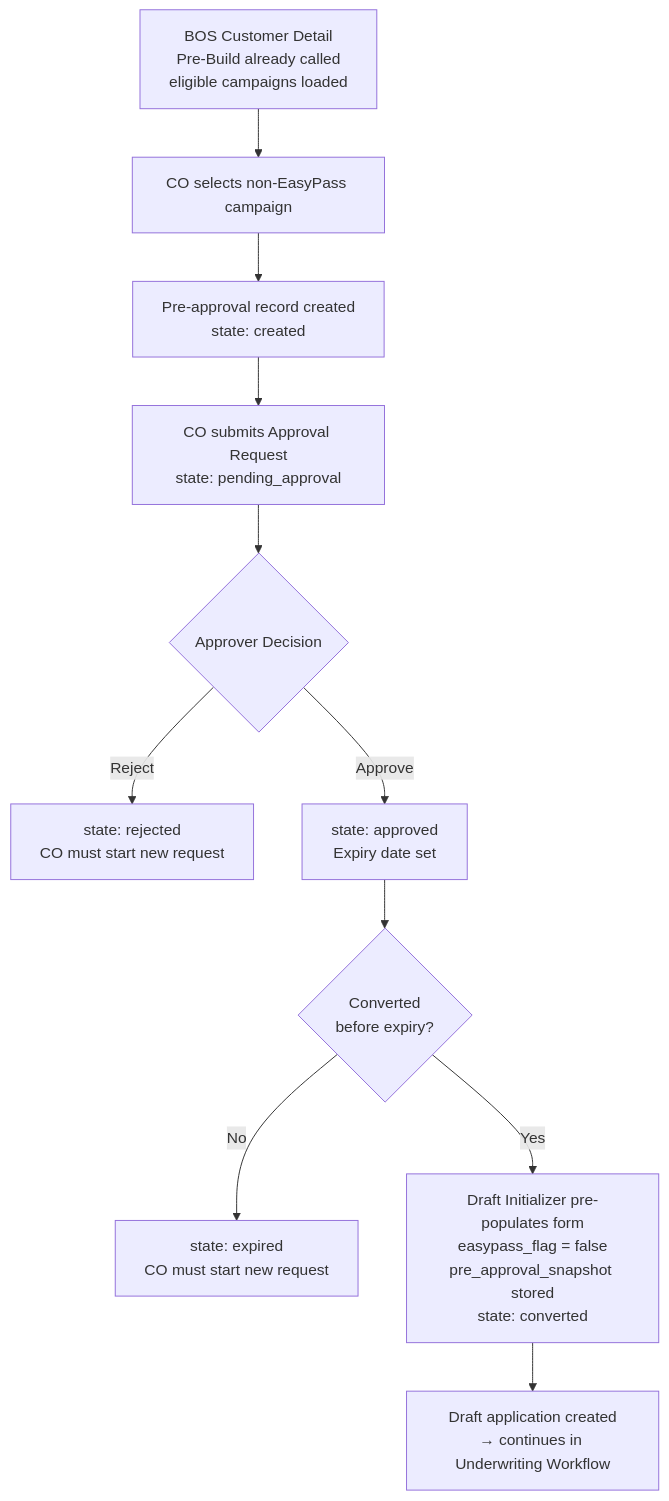
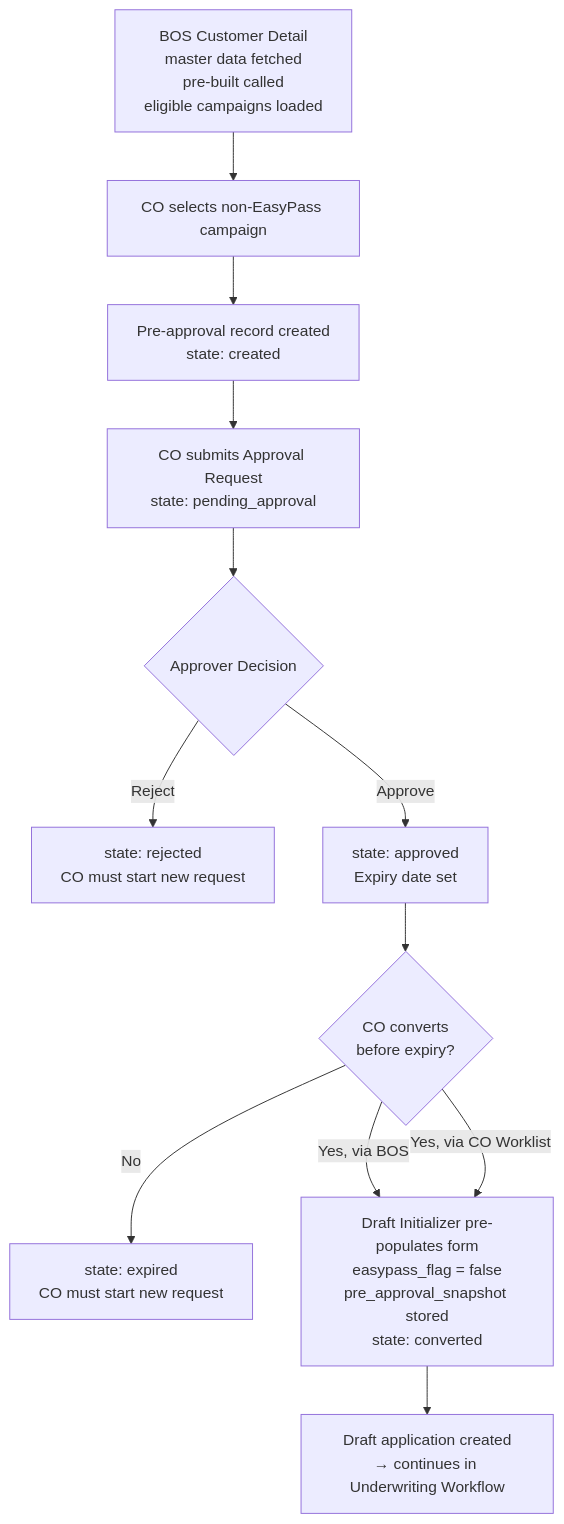
The second of 2 diagrams in product/credit/onigiri/capabilities/pre-approval/CAPABILITY.md (chanatan-sri/TurboProduct), drawn with Mermaid before and after one commit. The commit also changed other lines of this file and 7 other files, not shown here.

First line of the commit message:
feat(onigiri): add Topology E entry flow, update pre-approval specs and changelog

````diff
--- a/product/credit/onigiri/capabilities/pre-approval/CAPABILITY.md
+++ b/product/credit/onigiri/capabilities/pre-approval/CAPABILITY.md
@@ -127,13 +144,14 @@
 ```mermaid
 flowchart TD
-    A[BOS Customer Detail\nPre-Build already called\neligible campaigns loaded] --> B[CO selects non-EasyPass campaign]
+    A[BOS Customer Detail\nmaster data fetched\npre-built called\neligible campaigns loaded] --> B[CO selects non-EasyPass campaign]
     B --> C[Pre-approval record created\nstate: created]
     C --> D[CO submits Approval Request\nstate: pending_approval]
     D --> E{Approver Decision}
     E -- Reject --> F[state: rejected\nCO must start new request]
     E -- Approve --> G[state: approved\nExpiry date set]
-    G --> H{Converted\nbefore expiry?}
+    G --> H{CO converts\nbefore expiry?}
     H -- No --> I[state: expired\nCO must start new request]
-    H -- Yes --> J[Draft Initializer pre-populates form\neasypass_flag = false\npre_approval_snapshot stored\nstate: converted]
+    H -- Yes, via BOS --> J[Draft Initializer pre-populates form\neasypass_flag = false\npre_approval_snapshot stored\nstate: converted]
+    H -- Yes, via CO Worklist --> J
     J --> K[Draft application created\n→ continues in Underwriting Workflow]
 ```
````
